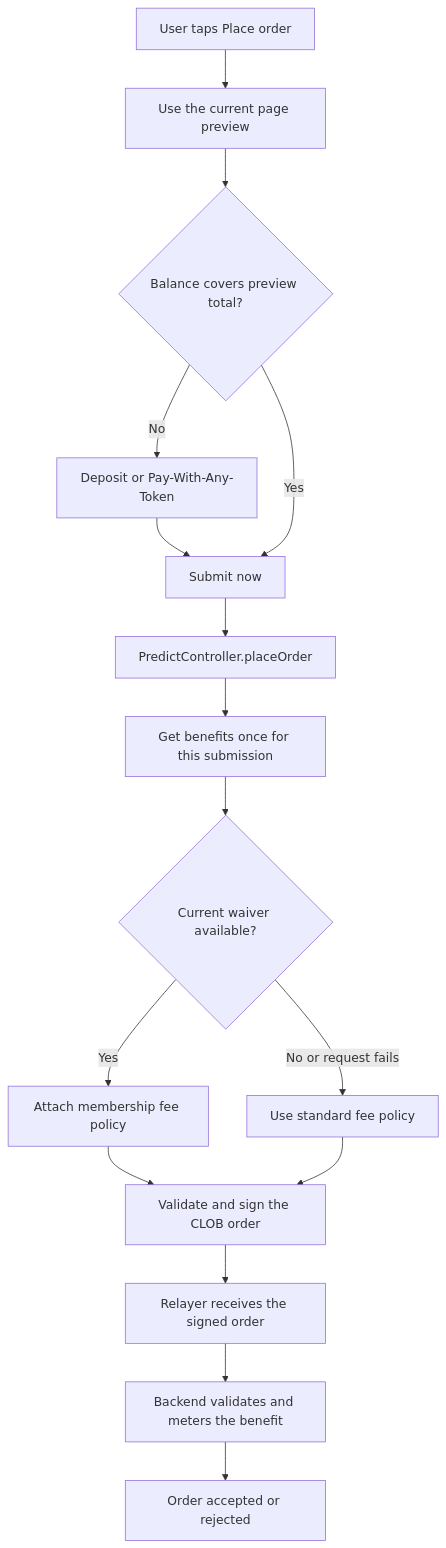
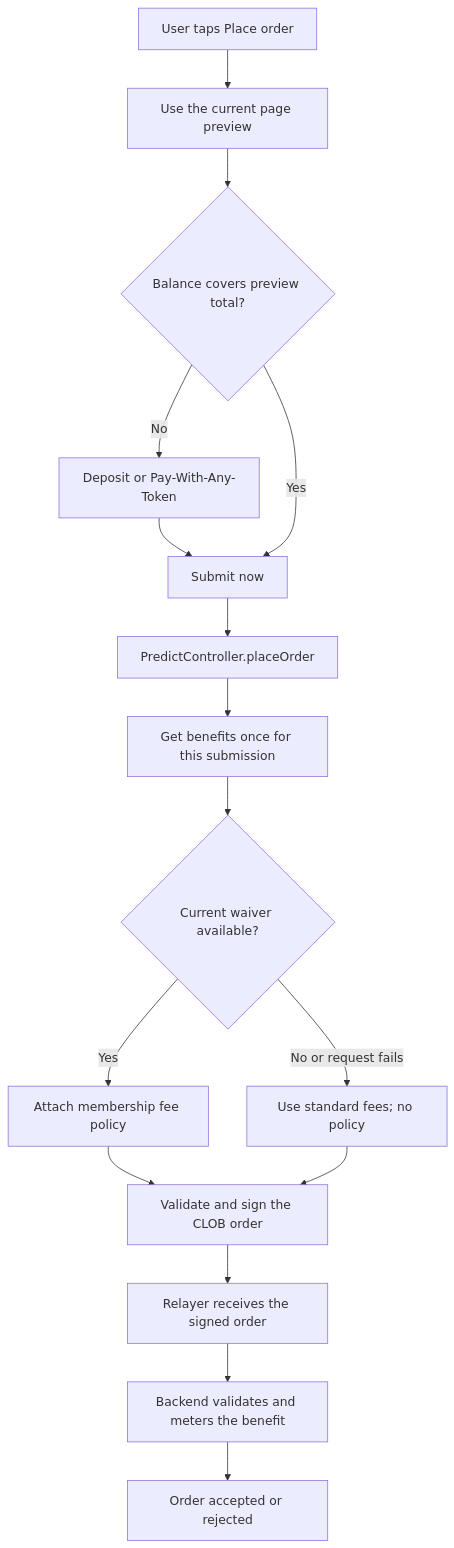
The second of 3 diagrams in docs/predict/pro-membership-fee-waiver-plan.md (MetaMask/metamask-mobile), drawn with Mermaid before and after one commit. The commit also changed other lines of this file, not shown here.

````diff
--- a/docs/predict/pro-membership-fee-waiver-plan.md
+++ b/docs/predict/pro-membership-fee-waiver-plan.md
@@ -34,18 +39,18 @@
 ```mermaid
 flowchart TD
   A[User taps Place order] --> B[Use the current page preview]
   B --> C{Balance covers preview total?}
   C -->|No| D[Deposit or Pay-With-Any-Token]
   D --> E[Submit after deposit]
   C -->|Yes| E[Submit now]
   E --> F[PredictController.placeOrder]
   F --> G[Get benefits once for this submission]
   G --> H{Current waiver available?}
   H -->|Yes| I[Attach membership fee policy]
-  H -->|No or request fails| J[Use standard fee policy]
+  H -->|No or request fails| J[Use standard fees; no policy]
   I --> K[Validate and sign the CLOB order]
   J --> K
   K --> L[Relayer receives the signed order]
   L --> M[Backend validates and meters the benefit]
   M --> N[Order accepted or rejected]
 ```
````
